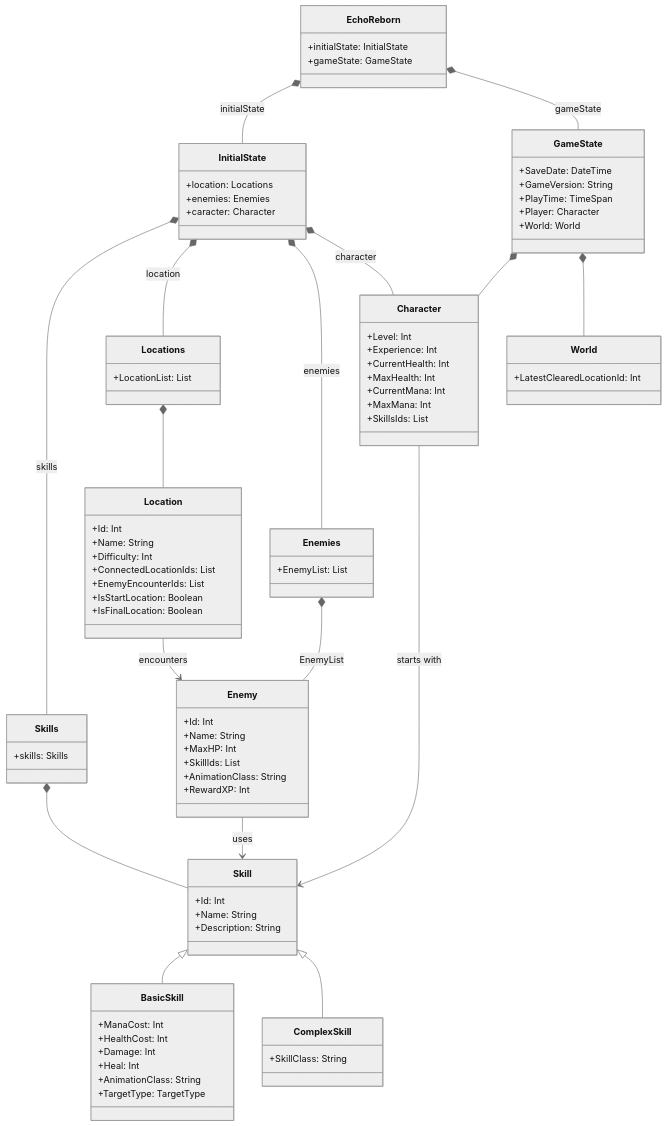
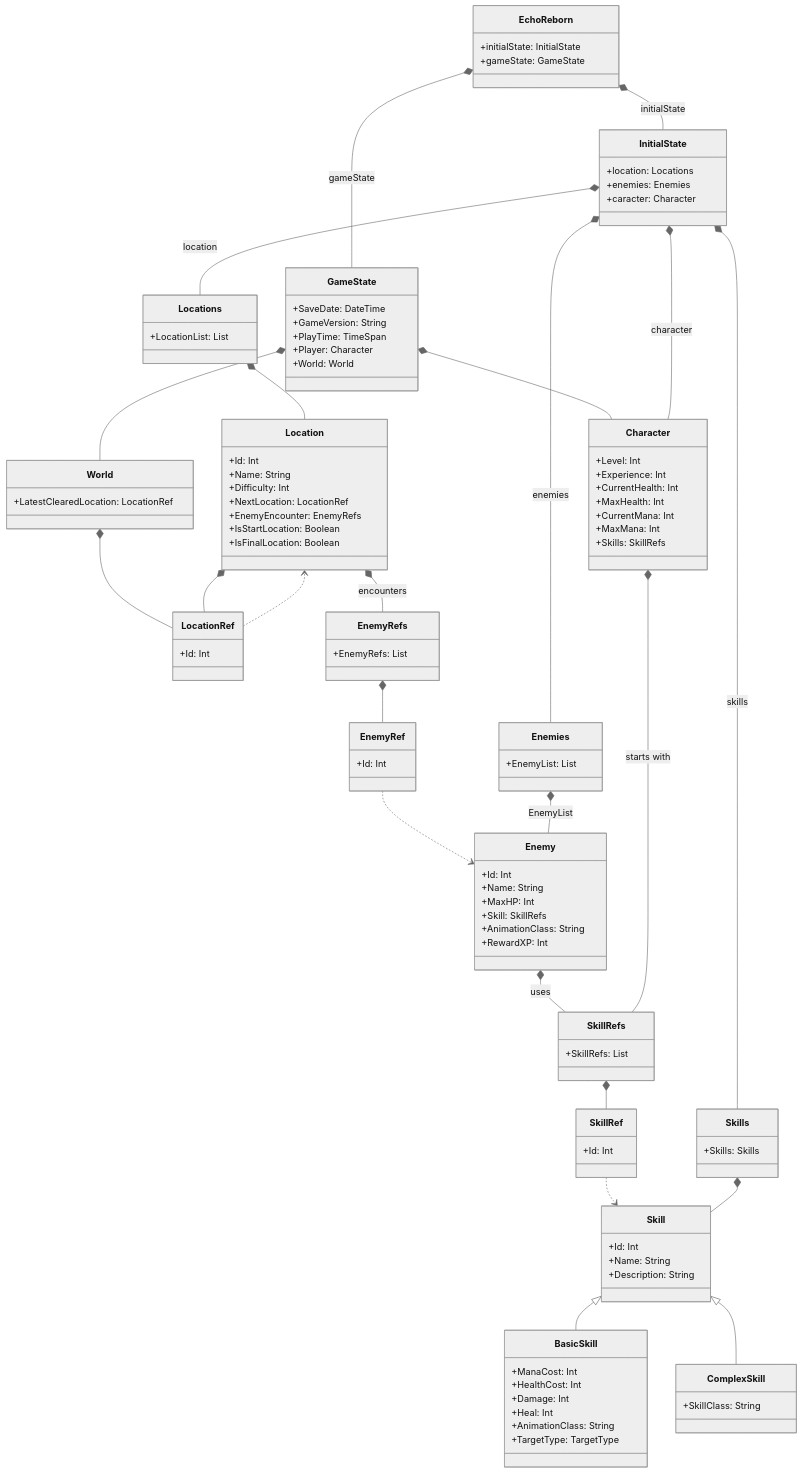
Before and after one commit to d0rich/EchoReborn: the diagram in docs/XML structures.md, drawn with Mermaid (neutral theme).

Commit message:
Refactor XML structure definitions and relationships

````diff
--- a/docs/XML structures.md
+++ b/docs/XML structures.md
@@ -19,8 +19,16 @@
         +Description: String
     }
 
+    class SkillRef {
+        +Id: Int
+    }
+
     class Skills {
-        +skills: Skills
+        +Skills: Skills
+    }
+
+    class SkillRefs {
+        +SkillRefs: List<SkillRef>
     }
 
     class BasicSkill {
@@ -40,12 +48,16 @@
         +LocationList: List<Location>
     }
 
+    class LocationRef {
+        +Id: Int
+    }
+
     class Location {
         +Id: Int
         +Name: String
         +Difficulty: Int
-        +ConnectedLocationIds: List<Int>
-        +EnemyEncounterIds: List<Int>
+        +NextLocation: LocationRef
+        +EnemyEncounter: EnemyRefs
         +IsStartLocation: Boolean
         +IsFinalLocation: Boolean
     }
@@ -58,9 +70,15 @@
         +Id: Int
         +Name: String
         +MaxHP: Int
-        +SkillIds: List<Int>
+        +Skill: SkillRefs
         +AnimationClass: String
         +RewardXP: Int
+    }
+    class EnemyRef {
+        +Id: Int
+    }
+    class EnemyRefs {
+        +EnemyRefs: List<EnemyRef>
     }
 
     class GameState {
@@ -78,17 +96,18 @@
         +MaxHealth: Int
         +CurrentMana: Int
         +MaxMana: Int
-        +SkillsIds: List<Int>
+        +Skills: SkillRefs
     }
 
     class World {
-        +LatestClearedLocationId: Int
+        +LatestClearedLocation: LocationRef
     }
 
     EchoReborn *-- InitialState : initialState
     EchoReborn *-- GameState : gameState
     GameState *-- Character
     GameState *-- World
+    World *-- LocationRef
 
     InitialState *-- Skills : skills
     InitialState *-- Locations : location
@@ -98,11 +117,19 @@
     Skill <|-- BasicSkill
     Skill <|-- ComplexSkill
 
+    EnemyRefs *-- EnemyRef
+    SkillRefs *-- SkillRef
+
+    LocationRef ..> Location
+    EnemyRef ..> Enemy
+    SkillRef ..> Skill
+
     Locations *-- Location
+    Location *-- LocationRef
     Enemies *-- Enemy : EnemyList
-    Enemy --> Skill : uses
+    Enemy *-- SkillRefs : uses
     Skills *-- Skill
-    Character --> Skill : starts with
-    Location --> Enemy : encounters
+    Character *-- SkillRefs : starts with
+    Location *-- EnemyRefs : encounters
 
 ```
````
